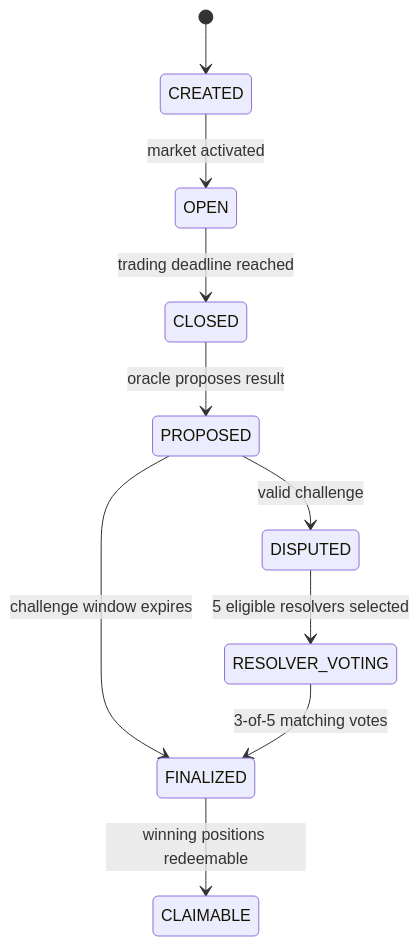
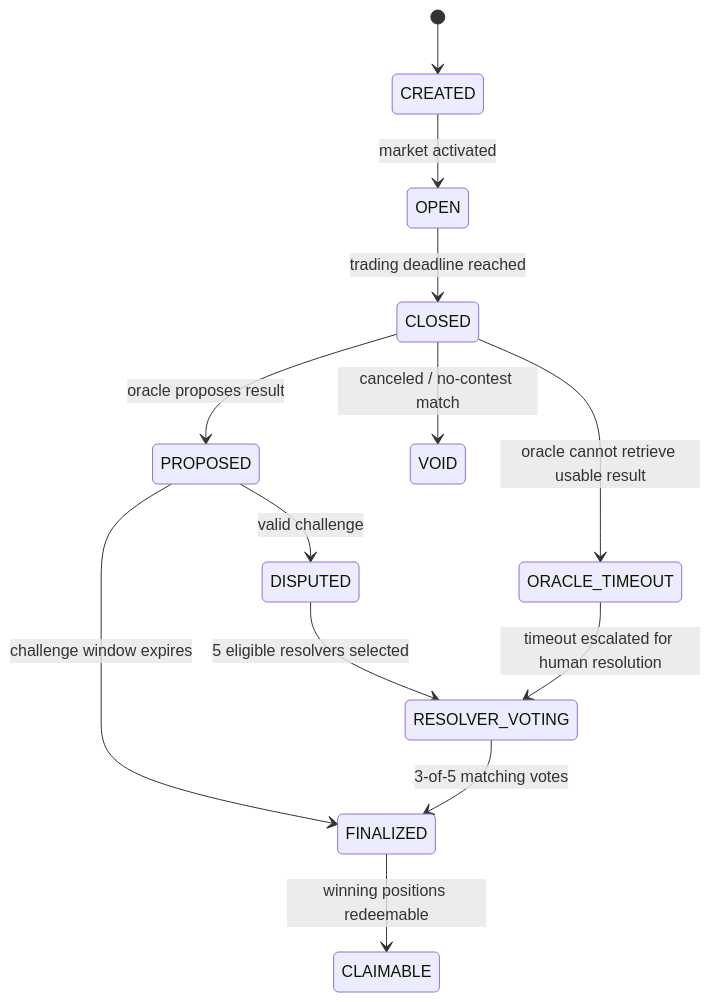
One commit to adriel-vel/AC_ON-esports-prediction-market changed the second of 3 diagrams in docs/architecture-preview.md. Above: the diagram before and after it, drawn with Mermaid. The commit also changed other lines of this file, not shown here.

Commit message:
docs: clarify oracle timeout state flow

````diff
--- a/docs/architecture-preview.md
+++ b/docs/architecture-preview.md
@@ -117,13 +117,16 @@
 ```mermaid
 stateDiagram-v2
   [*] --> CREATED
   CREATED --> OPEN: market activated
   OPEN --> CLOSED: trading deadline reached
   CLOSED --> PROPOSED: oracle proposes result
+  CLOSED --> ORACLE_TIMEOUT: oracle cannot retrieve usable result
+  CLOSED --> VOID: canceled / no-contest match
 
   PROPOSED --> FINALIZED: challenge window expires
   PROPOSED --> DISPUTED: valid challenge
   DISPUTED --> RESOLVER_VOTING: 5 eligible resolvers selected
+  ORACLE_TIMEOUT --> RESOLVER_VOTING: timeout escalated for human resolution
   RESOLVER_VOTING --> FINALIZED: 3-of-5 matching votes
   FINALIZED --> CLAIMABLE: winning positions redeemable
 ```
````
